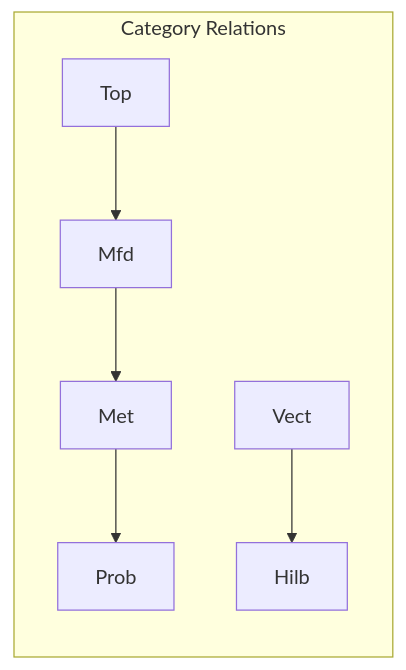
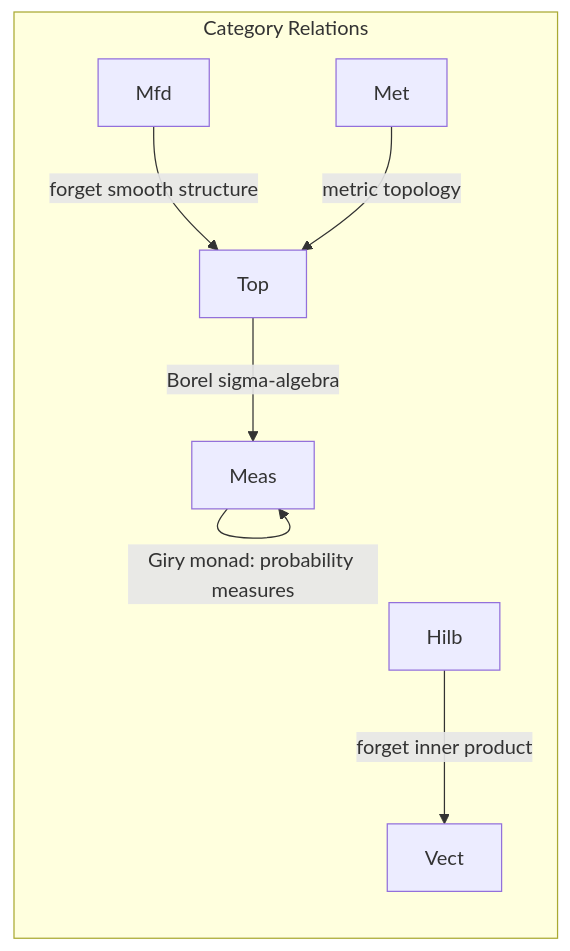
One commit to ActiveInferenceInstitute/cognitive changed the third of 31 diagrams in knowledge_base/ontology/hyperspatial/hyperspace_ontology.md. Above: the diagram before and after it, drawn with Mermaid. The commit also changed other lines of this file and 167 other files, not shown here.

````diff
--- a/knowledge_base/ontology/hyperspatial/hyperspace_ontology.md
+++ b/knowledge_base/ontology/hyperspatial/hyperspace_ontology.md
@@ -113,17 +113,19 @@
    ```mermaid
 
    graph LR
 
        subgraph "Category Relations"
 
-           A[Top] --> B[Mfd]
+           B[Mfd] -->|forget smooth structure| A[Top]
 
-           B --> C[Met]
+           C[Met] -->|metric topology| A
 
-           C --> D[Prob]
+           A -->|Borel sigma-algebra| M[Meas]
 
-           E[Vect] --> F[Hilb]
+           M -->|Giry monad: probability measures| M
+
+           F[Hilb] -->|forget inner product| E[Vect]
 
        end
 
    ```
````
